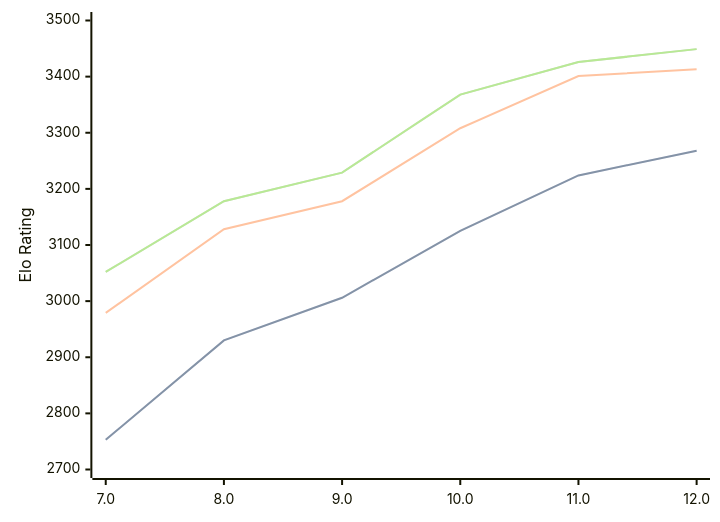
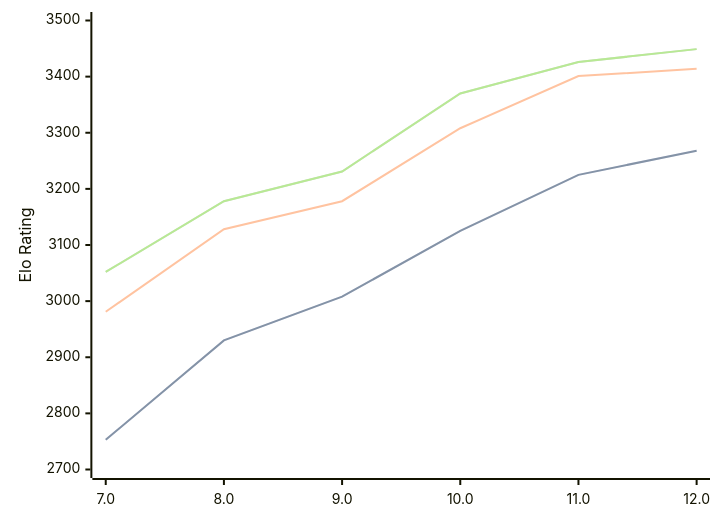
One commit to computer-chess-index/cci changed the third of 3 diagrams in engines/Tcheran.md. Above: the diagram before and after it, drawn with Mermaid. The commit also changed other lines of this file, not shown here.

Commit message:
Update CCI Ratings (ELO VLTC) - 2026-06-21

````diff
--- a/engines/Tcheran.md
+++ b/engines/Tcheran.md
@@ -83,11 +83,11 @@
 ```mermaid
 %%{init: {"theme":"base","themeVariables":{"seriesColors:['#a3a3a3','#222221','#faa371']}}}%%
 xychart-beta
   x-axis ["7.0", "8.0", "9.0", "10.0", "11.0", "12.0"]
   y-axis "Elo Rating" 2700 --> 3500
-  line "STC (8.0+0.08s)" [2753, 2930, 3006, 3125, 3224, 3268]
-  line "STC (8.0+0.08s)" [2753, 2930, 3006, 3125, 3224, 3268]
-  line "LTC (60.0+0.60s)" [2979, 3128, 3178, 3308, 3401, 3413]
-  line "VLTC (2m24s+1.12s)" [3052, 3178, 3229, 3368, 3426, 3449]
-  line "VLTC (2m24s+1.12s)" [3052, 3178, 3229, 3368, 3426, 3449]
+  line "STC (8.0+0.08s)" [2753, 2930, 3008, 3125, 3225, 3268]
+  line "STC (8.0+0.08s)" [2753, 2930, 3008, 3125, 3225, 3268]
+  line "LTC (60.0+0.60s)" [2981, 3128, 3178, 3308, 3401, 3414]
+  line "VLTC (2m24s+1.12s)" [3052, 3178, 3231, 3370, 3426, 3449]
+  line "VLTC (2m24s+1.12s)" [3052, 3178, 3231, 3370, 3426, 3449]
 ```
````
